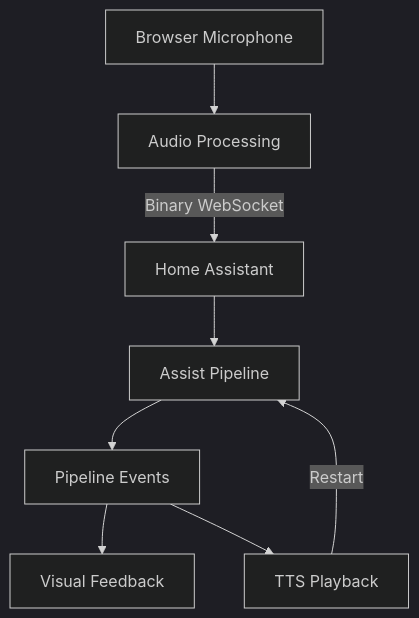
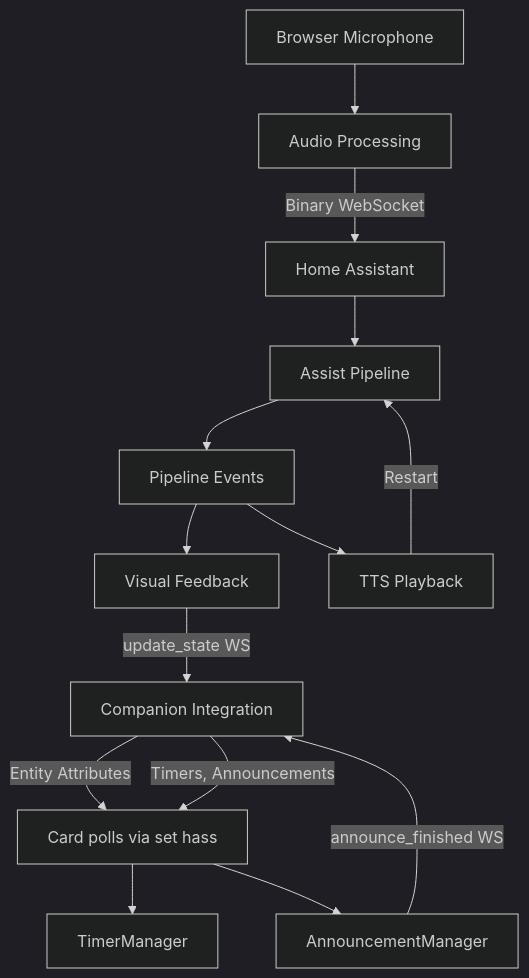
One commit to jxlarrea/voice-satellite-card-integration changed the first of 2 diagrams in DESIGN.md. Above: the diagram before and after it, drawn with Mermaid (dark theme). The commit also changed other lines of this file, not shown here.

Commit message:
Updated diagrams

````diff
--- a/DESIGN.md
+++ b/DESIGN.md
@@ -13,10 +13,17 @@
 ```mermaid
 graph TD
     A[Browser Microphone] --> B[Audio Processing]
     B -->|Binary WebSocket| C[Home Assistant]
     C --> D[Assist Pipeline]
     D --> E[Pipeline Events]
     E --> F[Visual Feedback]
     E --> G[TTS Playback]
     G -->|Restart| D
+
+    H[Companion Integration] -->|Entity Attributes| I[Card polls via set hass]
+    I --> J[TimerManager]
+    I --> K[AnnouncementManager]
+    K -->|announce_finished WS| H
+    F -->|update_state WS| H
+    H -->|Timers, Announcements| I
 ```
````
